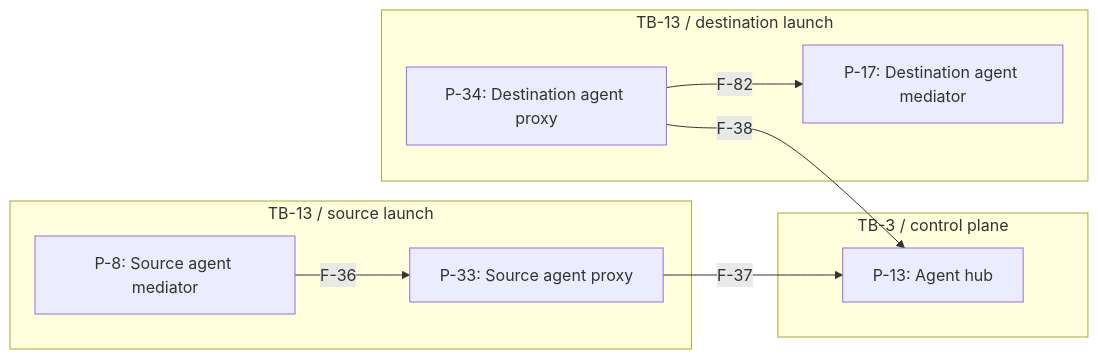
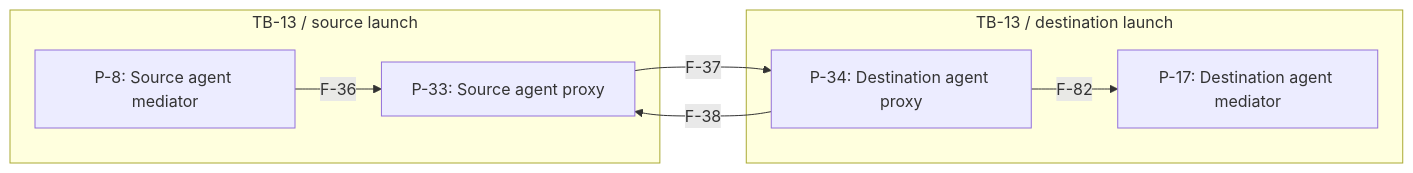
The fifth of 16 diagrams in docs/agent-threat-model.md (tbhb-dev/afakt), drawn with Mermaid before and after one commit. The commit also changed other lines of this file and 96 other files, not shown here.

````diff
--- a/docs/agent-threat-model.md
+++ b/docs/agent-threat-model.md
@@ -333,18 +333,15 @@
 ```mermaid
 flowchart LR
     subgraph source["TB-13 / source launch"]
         P-8["P-8: Source agent mediator"]
         P-33["P-33: Source agent proxy"]
     end
-    subgraph control["TB-3 / control plane"]
-        P-13["P-13: Agent hub"]
-    end
     subgraph target["TB-13 / destination launch"]
         P-34["P-34: Destination agent proxy"]
         P-17["P-17: Destination agent mediator"]
     end
     P-8 -->|"F-36"| P-33
-    P-33 -->|"F-37"| P-13
-    P-34 -->|"F-38"| P-13
+    P-33 -->|"F-37"| P-34
+    P-34 -->|"F-38"| P-33
     P-34 -->|"F-82"| P-17
 ```
````
